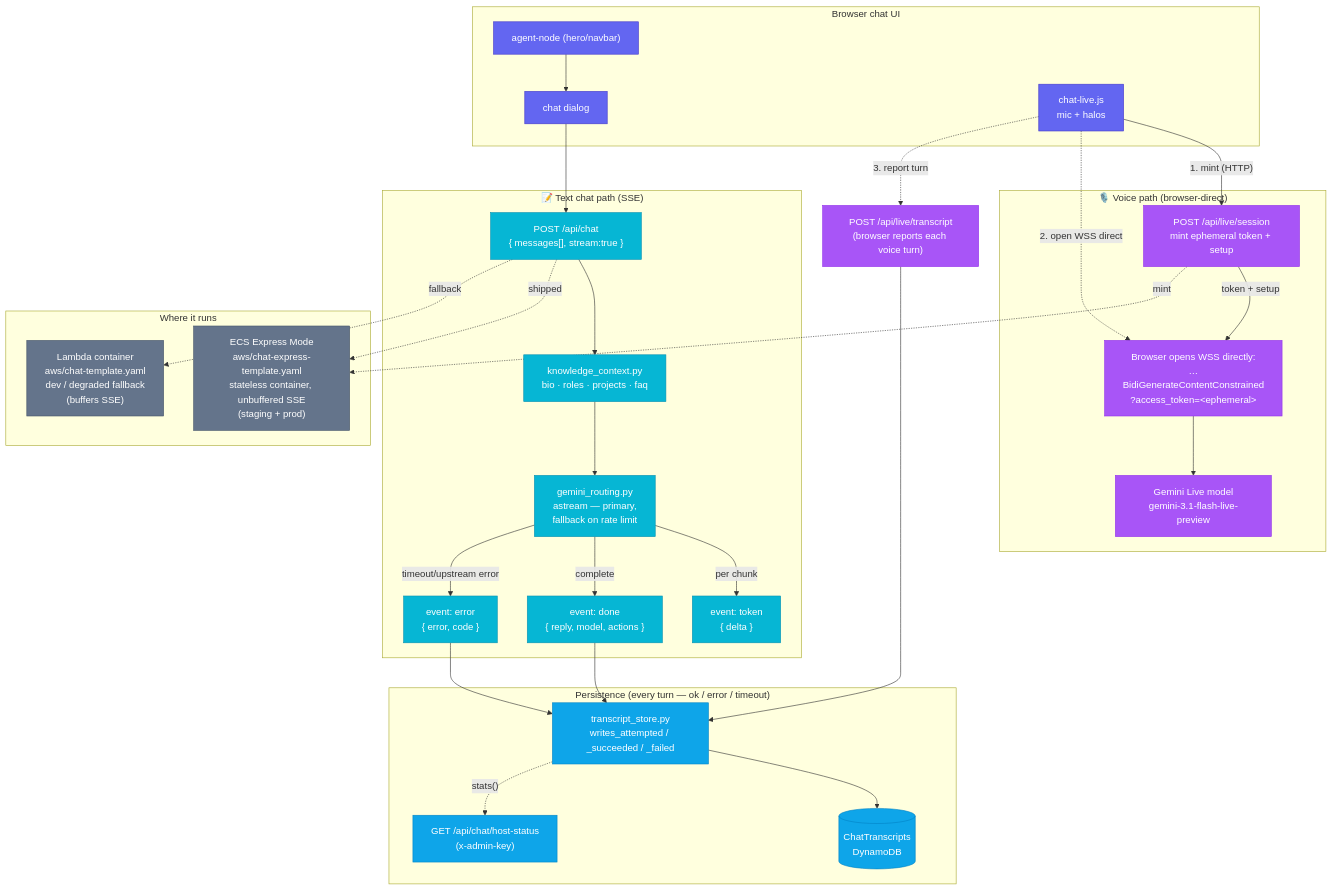
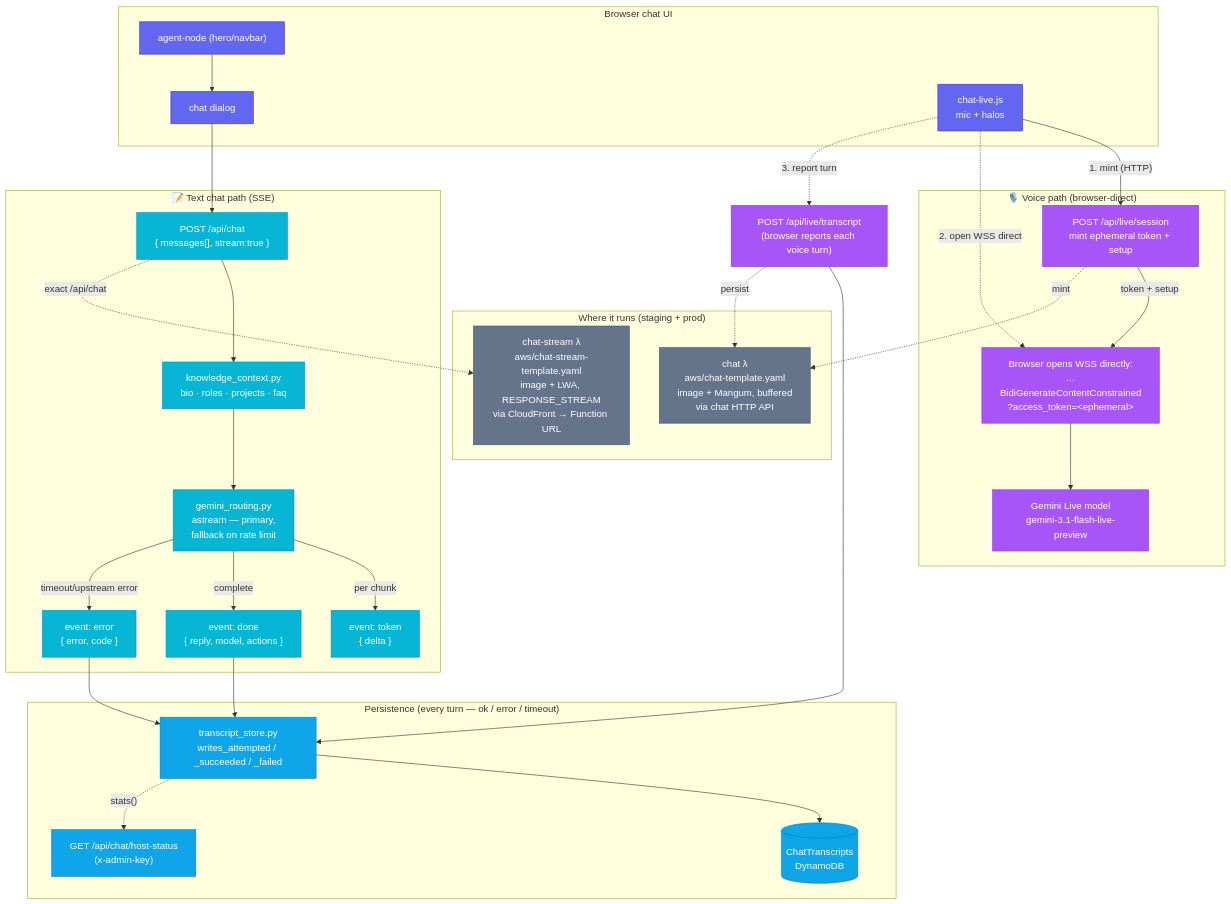
Before and after one commit to geda0/gvp: the fifth of 7 diagrams in docs/architecture.md, drawn with Mermaid. The commit also changed other lines of this file, not shown here.

````diff
--- a/docs/architecture.md
+++ b/docs/architecture.md
@@ -349,68 +385,68 @@
 ```mermaid
 flowchart TB
     subgraph FE["Browser chat UI"]
         HERO["agent-node (hero/navbar)"]
         DIALOG["chat dialog"]
         VOICE["chat-live.js<br/>mic + halos"]
     end
 
     subgraph TextPath["📝 Text chat path (SSE)"]
         POST["POST /api/chat<br/>{ messages[], stream:true }"]
         ROUTE["gemini_routing.py<br/>astream — primary,<br/>fallback on rate limit"]
         KC["knowledge_context.py<br/>bio · roles · projects · faq"]
         EV_TOK["event: token<br/>{ delta }"]
         EV_DONE["event: done<br/>{ reply, model, actions }"]
         EV_ERR["event: error<br/>{ error, code }"]
     end
 
     subgraph VoicePath["🎙️ Voice path (browser-direct)"]
         SESS["POST /api/live/session<br/>mint ephemeral token + setup"]
         WS["Browser opens WSS directly:<br/>…BidiGenerateContentConstrained<br/>?access_token=&lt;ephemeral&gt;"]
         LIVE["Gemini Live model<br/>gemini-3.1-flash-live-preview"]
     end
 
     subgraph Store["Persistence (every turn — ok / error / timeout)"]
         TS["transcript_store.py<br/>writes_attempted / _succeeded / _failed"]
         TBL[("ChatTranscripts<br/>DynamoDB")]
         HOST["GET /api/chat/host-status<br/>(x-admin-key)"]
     end
 
     HERO --> DIALOG
     DIALOG --> POST
     VOICE -->|"1. mint (HTTP)"| SESS
     SESS -->|"token + setup"| WS
     VOICE -.->|"2. open WSS direct"| WS
 
     POST --> KC --> ROUTE
     ROUTE -->|"per chunk"| EV_TOK
     ROUTE -->|"complete"| EV_DONE
     ROUTE -->|"timeout/upstream error"| EV_ERR
     WS --> LIVE
 
     EV_DONE --> TS --> TBL
     EV_ERR --> TS
     VTRN["POST /api/live/transcript<br/>(browser reports each voice turn)"] --> TS
     VOICE -.->|"3. report turn"| VTRN
     TS -.->|"stats()"| HOST
 
-    subgraph Hosts["Where it runs"]
-        FARGATE["ECS Express Mode<br/>aws/chat-express-template.yaml<br/>stateless container, unbuffered SSE<br/>(staging + prod)"]
-        LAMBDA["Lambda container<br/>aws/chat-template.yaml<br/>dev / degraded fallback<br/>(buffers SSE)"]
+    subgraph Hosts["Where it runs (staging + prod)"]
+        STREAMH["chat-stream λ<br/>aws/chat-stream-template.yaml<br/>image + LWA, RESPONSE_STREAM<br/>via CloudFront → Function URL"]
+        LAMBDAH["chat λ<br/>aws/chat-template.yaml<br/>image + Mangum, buffered<br/>via chat HTTP API"]
     end
 
-    POST -.->|"shipped"| FARGATE
-    SESS -.->|"mint"| FARGATE
-    POST -.->|"fallback"| LAMBDA
+    POST -.->|"exact /api/chat"| STREAMH
+    SESS -.->|"mint"| LAMBDAH
+    VTRN -.->|"persist"| LAMBDAH
 
     classDef fe fill:#6366F1,stroke:#4338CA,color:#fff
     classDef text fill:#06B6D4,stroke:#0891B2,color:#fff
     classDef voice fill:#A855F7,stroke:#9333EA,color:#fff
     classDef store fill:#0EA5E9,stroke:#0284C7,color:#fff
     classDef host fill:#64748B,stroke:#475569,color:#fff
 
     class HERO,DIALOG,VOICE fe
     class POST,ROUTE,KC,EV_TOK,EV_DONE,EV_ERR text
     class SESS,WS,LIVE,VTRN voice
     class TS,TBL,HOST store
-    class LAMBDA,FARGATE host
+    class STREAMH,LAMBDAH host
 ```
````
